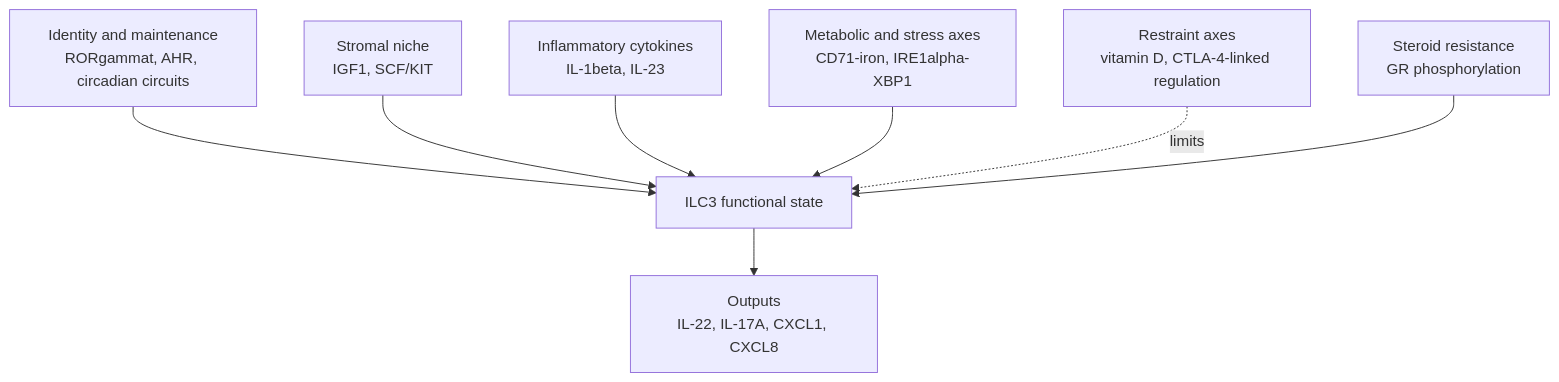
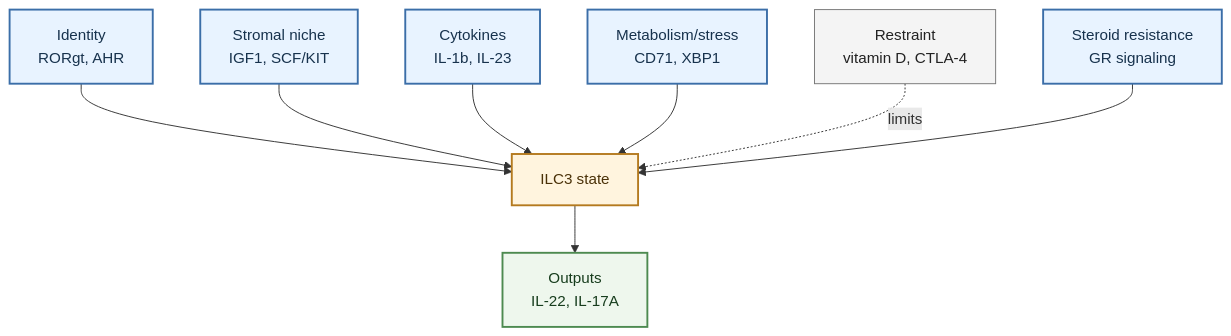
One commit to shao1116/ILC-Wiki changed the diagram in wiki/topics/ILC3_functional_regulation_mechanisms.md. Above: the diagram before and after it, drawn with Mermaid. The commit also changed 14 other files, not shown here.

````diff
--- a/wiki/topics/ILC3_functional_regulation_mechanisms.md
+++ b/wiki/topics/ILC3_functional_regulation_mechanisms.md
@@ -70,22 +70,32 @@
 ```mermaid
 flowchart TD
     accTitle: ILC3 Regulation Map
     accDescr: Mechanistic regulatory layers controlling ILC3 identity and inflammatory output.
 
-    identity["Identity and maintenance<br/>RORgammat, AHR, circadian circuits"]
+    identity["Identity<br/>RORgt, AHR"]
     stromal["Stromal niche<br/>IGF1, SCF/KIT"]
-    cytokines["Inflammatory cytokines<br/>IL-1beta, IL-23"]
-    metabolism["Metabolic and stress axes<br/>CD71-iron, IRE1alpha-XBP1"]
-    restraint["Restraint axes<br/>vitamin D, CTLA-4-linked regulation"]
-    resistance["Steroid resistance<br/>GR phosphorylation"]
-    ilc3["ILC3 functional state"]
-    output["Outputs<br/>IL-22, IL-17A, CXCL1, CXCL8"]
+    cytokines["Cytokines<br/>IL-1b, IL-23"]
+    metabolism["Metabolism/stress<br/>CD71, XBP1"]
+    restraint["Restraint<br/>vitamin D, CTLA-4"]
+    resistance["Steroid resistance<br/>GR signaling"]
+    ilc3["ILC3 state"]
+    output["Outputs<br/>IL-22, IL-17A"]
 
     identity --> ilc3
     stromal --> ilc3
     cytokines --> ilc3
     metabolism --> ilc3
     restraint -. limits .-> ilc3
     resistance --> ilc3
     ilc3 --> output
+
+    classDef input fill:#e8f3ff,stroke:#3b6ea8,stroke-width:2px,color:#17324d
+    classDef restraint_class fill:#f4f4f4,stroke:#777,stroke-width:1px,color:#222
+    classDef cell fill:#fff4de,stroke:#b47a1f,stroke-width:2px,color:#4a3108
+    classDef output_class fill:#eef7ed,stroke:#4d8a50,stroke-width:2px,color:#173d1d
+
+    class identity,stromal,cytokines,metabolism,resistance input
+    class restraint restraint_class
+    class ilc3 cell
+    class output output_class
 ```
````
